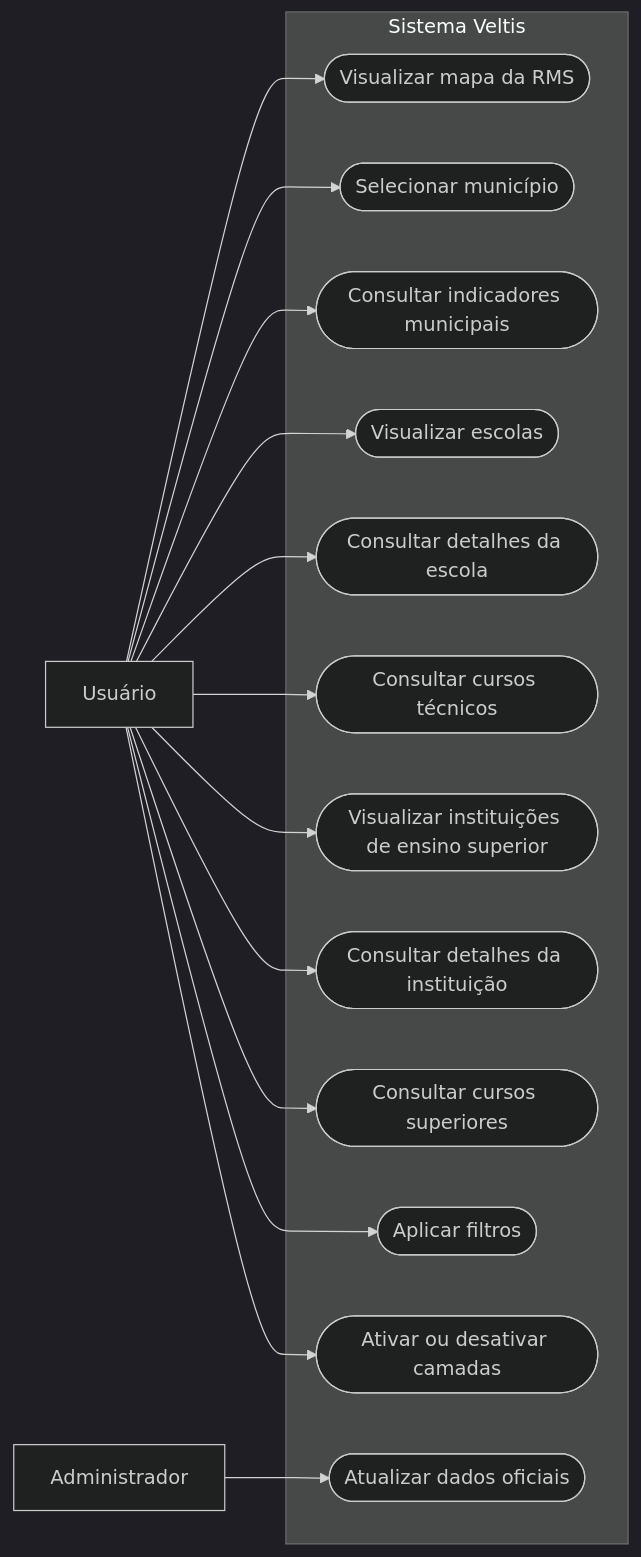
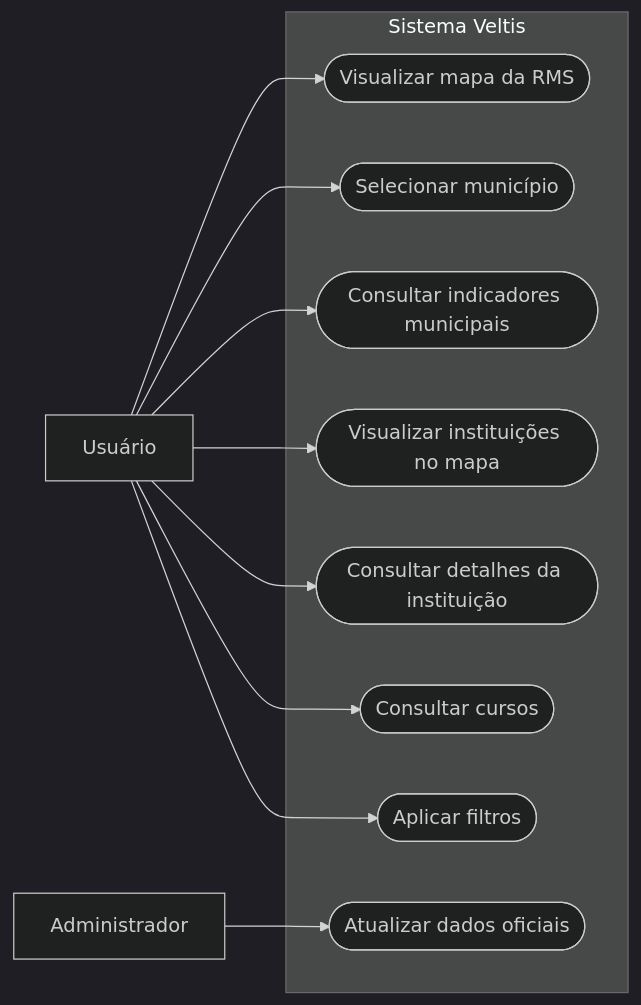
Before and after one commit to martinsjul/veltis: the diagram in docs/caso_de_uso/casos-de-uso-veltis-03-11.md, drawn with Mermaid (dark theme). The commit also changed other lines of this file and 4 other files, not shown here.

````diff
--- a/docs/caso_de_uso/casos-de-uso-veltis-03-11.md
+++ b/docs/caso_de_uso/casos-de-uso-veltis-03-11.md
@@ -12,34 +12,26 @@
 ```mermaid
 flowchart LR
     Usuario["Usuário"]
 
     subgraph Veltis["Sistema Veltis"]
         UC01(["Visualizar mapa da RMS"])
         UC02(["Selecionar município"])
         UC03(["Consultar indicadores municipais"])
-        UC04(["Visualizar escolas"])
-        UC05(["Consultar detalhes da escola"])
-        UC06(["Consultar cursos técnicos"])
-        UC07(["Visualizar instituições de ensino superior"])
-        UC08(["Consultar detalhes da instituição"])
-        UC09(["Consultar cursos superiores"])
-        UC10(["Aplicar filtros"])
-        UC11(["Ativar ou desativar camadas"])
-        UC12(["Atualizar dados oficiais"])
+        UC04(["Visualizar instituições no mapa"])
+        UC05(["Consultar detalhes da instituição"])
+        UC06(["Consultar cursos"])
+        UC07(["Aplicar filtros"])
+        UC08(["Atualizar dados oficiais"])
     end
 
     Admin["Administrador"]
-    Admin --> UC12
+    Admin --> UC08
 
     Usuario --> UC01
     Usuario --> UC02
     Usuario --> UC03
     Usuario --> UC04
     Usuario --> UC05
     Usuario --> UC06
     Usuario --> UC07
-    Usuario --> UC08
-    Usuario --> UC09
-    Usuario --> UC10
-    Usuario --> UC11
 ```
````
